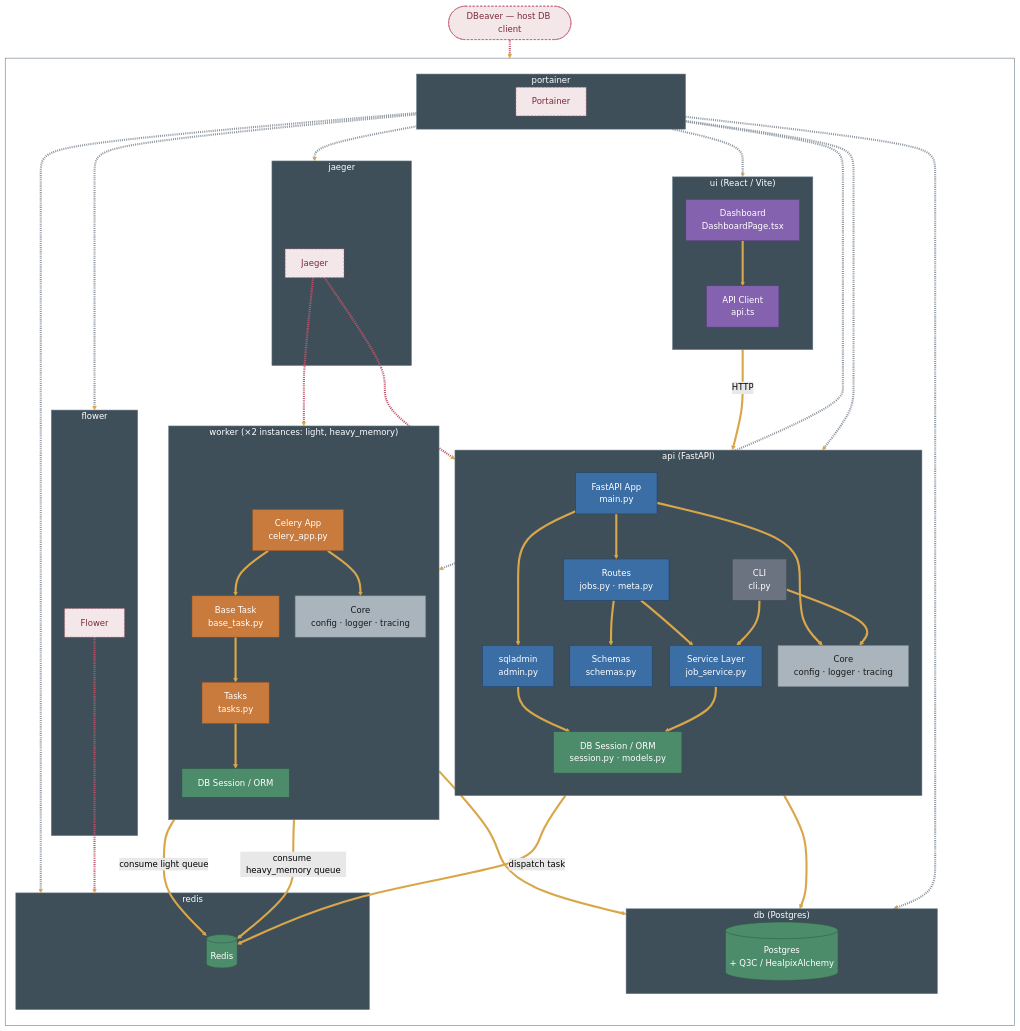
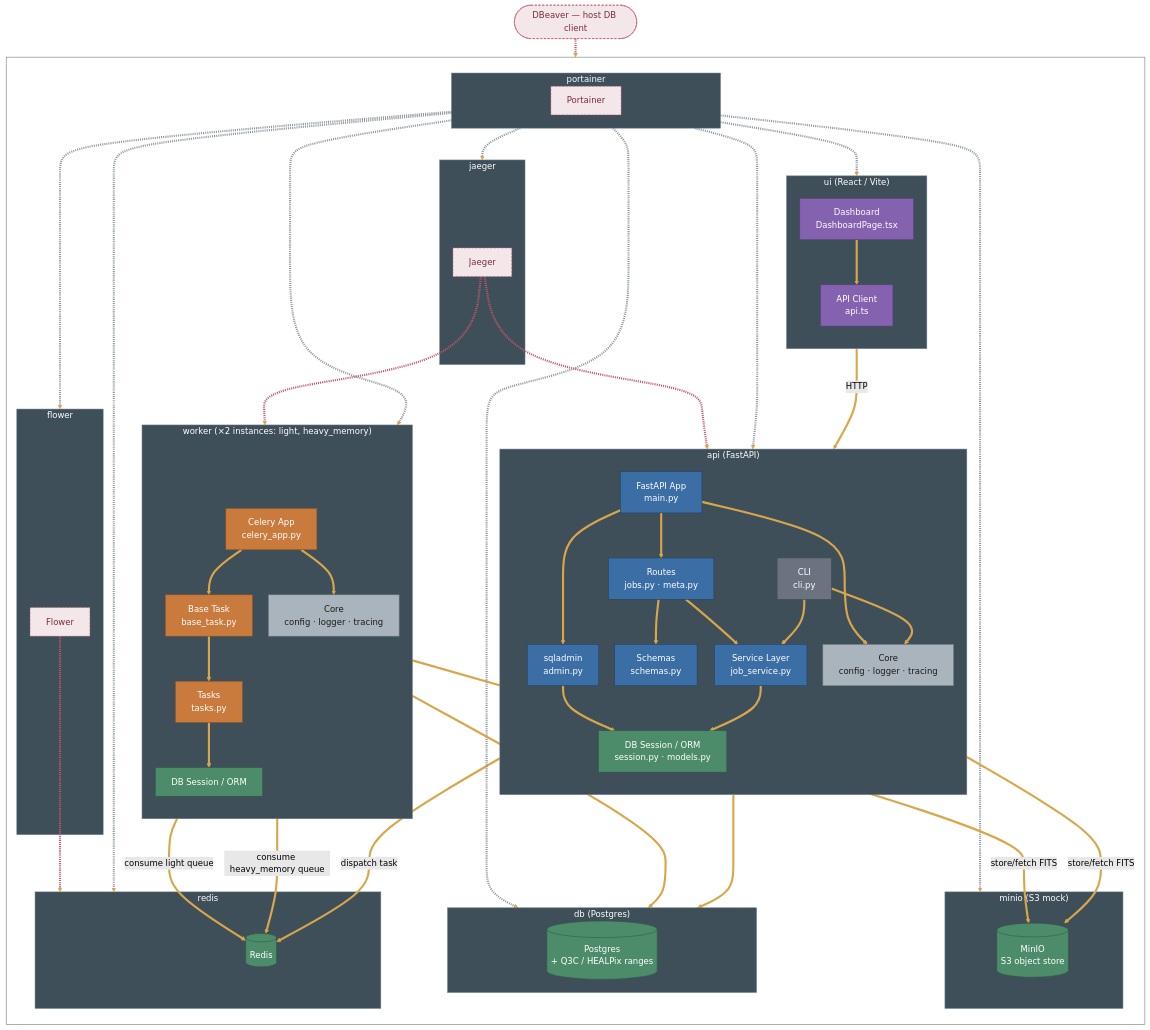
The diagram in docs/diagrams/infrastructure_topology.md (davecoulter/diffpype_claude), drawn with Mermaid (forest theme) before and after one commit. The commit also changed other lines of this file and 23 other files, not shown here.

````diff
--- a/docs/diagrams/infrastructure_topology.md
+++ b/docs/diagrams/infrastructure_topology.md
@@ -13,7 +13,7 @@
         subgraph db_c["db (Postgres)"]
             direction LR
             db_spacer_l[" "]:::spacer
-            db[("Postgres<br/>+ Q3C / HealpixAlchemy")]:::repo
+            db[("Postgres<br/>+ Q3C / HEALPix ranges")]:::repo
             db_spacer_r[" "]:::spacer
             db_spacer_l ~~~ db
             db ~~~ db_spacer_r
@@ -21,6 +21,10 @@
 
         subgraph redis_c["redis"]
             redis[("Redis")]:::repo
+        end
+
+        subgraph minio_c["minio (S3 mock)"]
+            minio_node[("MinIO<br/>S3 object store")]:::repo
         end
 
         subgraph api_c["api (FastAPI)"]
@@ -103,6 +107,11 @@
     jaeger_node -.-> worker_c
     dbeaver -.-> db_c
 
+    %% Storage data flow + management (declared last to preserve existing link indices)
+    api_service -->|store/fetch FITS| minio_node
+    w_tasks -->|store/fetch FITS| minio_node
+    portainer_node -.-> minio_c
+
     classDef apiLayer fill:#3B6EA5,stroke:#1F4066,color:#fff
     classDef workerLayer fill:#C97A3D,stroke:#8A4F24,color:#fff
     classDef repo fill:#4C8C6B,stroke:#2E5842,color:#fff
@@ -114,7 +123,7 @@
     classDef spacer fill:transparent,stroke:transparent,color:transparent
     classDef networkBg fill:transparent,stroke:#5A6C77,color:#fff
 
-    class db_c,redis_c,api_c,worker_c,ui_c,jaeger_c,flower_c,portainer_c containerBg
+    class db_c,redis_c,minio_c,api_c,worker_c,ui_c,jaeger_c,flower_c,portainer_c containerBg
     class network networkBg
 
     %% Tier 1 (default): solid amber — configured application data flow between components
@@ -122,7 +131,7 @@
     %% Invisible spacer links used only to center nodes within db_c, worker_c, portainer_c — must override the amber default or they render as dangling solid lines
     linkStyle 0,1,11,17,18 stroke:none,stroke-width:0
     %% Tier 3: dashed cool steel gray — Portainer manages containers at the Docker daemon level, independent of what's running inside them
-    linkStyle 25,26,27,28,29,30,31 stroke:#8F97A0,stroke-width:4px
+    linkStyle 25,26,27,28,29,30,31,38 stroke:#8F97A0,stroke-width:4px
     %% Tier 2: dashed rose — Jaeger/Flower/DBeaver observe a specific process's exposed port/protocol (OTLP, Celery/Redis state, Postgres wire protocol)
     linkStyle 32,33,34,35 stroke:#C0546A,stroke-width:4px
 ```
````
